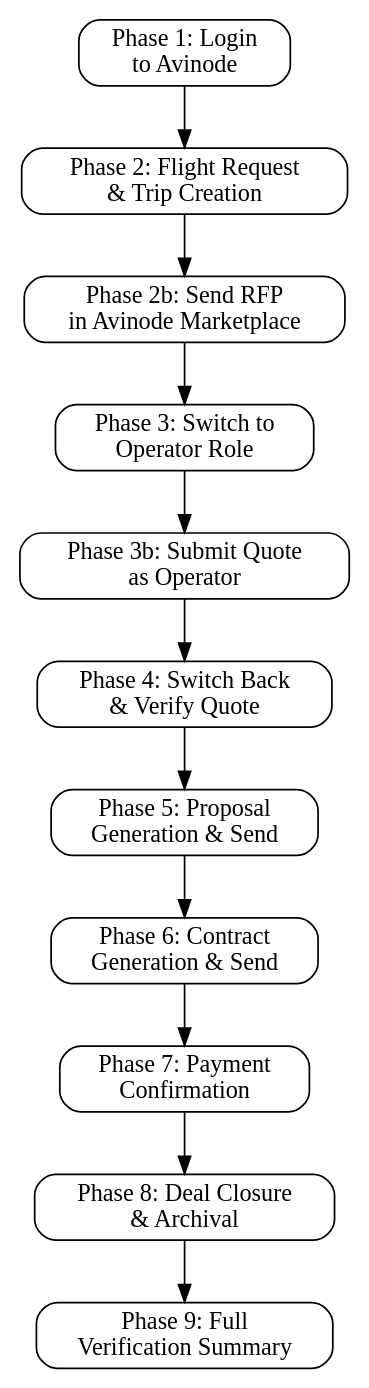
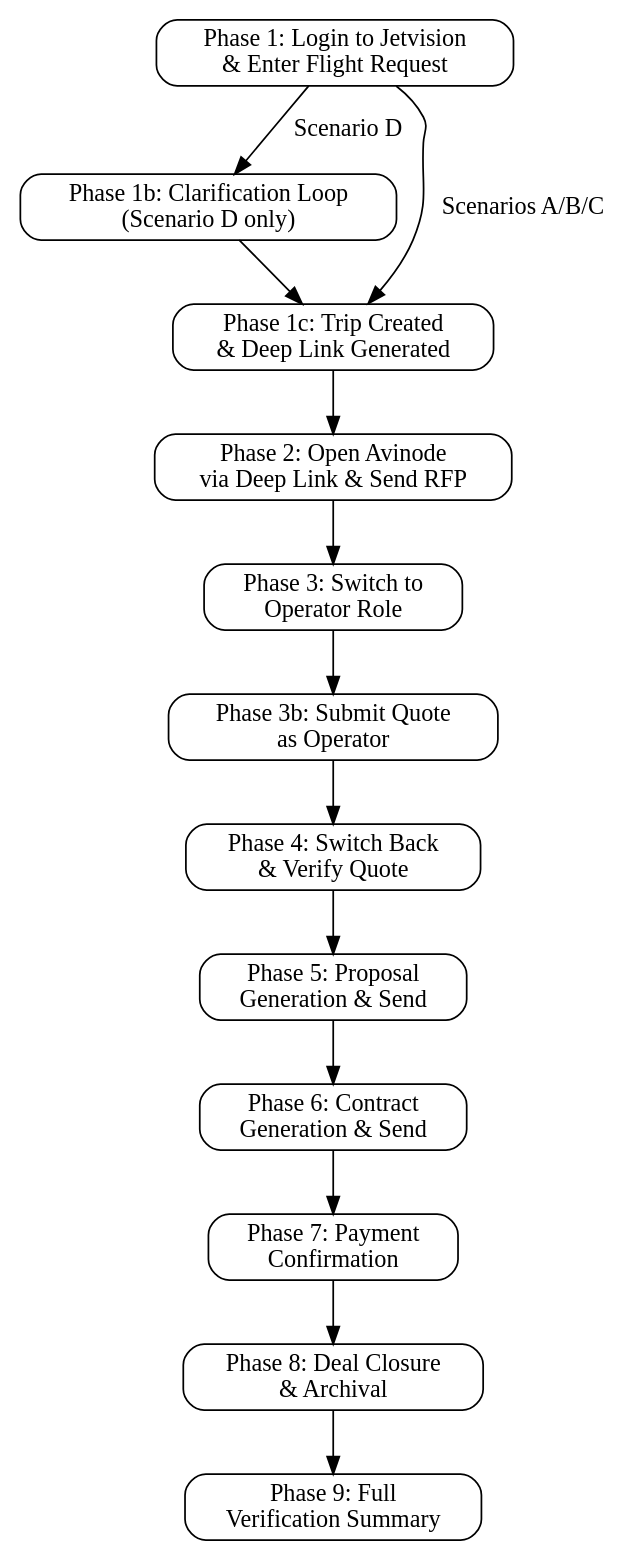
Before and after one commit to kingler/v0-jetvision-assistant: the diagram in .claude/skills/avinode-sandbox-test/SKILL.md, drawn with Graphviz. The commit also changed other lines of this file and 11 other files, not shown here.

````diff
--- a/.claude/skills/avinode-sandbox-test/SKILL.md
+++ b/.claude/skills/avinode-sandbox-test/SKILL.md
@@ -84,29 +106,32 @@
 ```dot
 digraph avinode_test {
   rankdir=TB;
   node [shape=box, style=rounded];
 
-  login [label="Phase 1: Login\nto Avinode"];
-  create_trip [label="Phase 2: Flight Request\n& Trip Creation"];
-  send_rfp [label="Phase 2b: Send RFP\nin Avinode Marketplace"];
+  jetvision_login [label="Phase 1: Login to Jetvision\n& Enter Flight Request"];
+  clarification [label="Phase 1b: Clarification Loop\n(Scenario D only)"];
+  trip_created [label="Phase 1c: Trip Created\n& Deep Link Generated"];
+  open_avinode [label="Phase 2: Open Avinode\nvia Deep Link & Send RFP"];
   switch_op [label="Phase 3: Switch to\nOperator Role"];
   respond [label="Phase 3b: Submit Quote\nas Operator"];
   switch_back [label="Phase 4: Switch Back\n& Verify Quote"];
   proposal [label="Phase 5: Proposal\nGeneration & Send"];
   contract [label="Phase 6: Contract\nGeneration & Send"];
   payment [label="Phase 7: Payment\nConfirmation"];
   close [label="Phase 8: Deal Closure\n& Archival"];
   summary [label="Phase 9: Full\nVerification Summary"];
 
-  login -> create_trip;
-  create_trip -> send_rfp;
-  send_rfp -> switch_op;
+  jetvision_login -> clarification [label="Scenario D"];
+  jetvision_login -> trip_created [label="Scenarios A/B/C"];
+  clarification -> trip_created;
+  trip_created -> open_avinode;
+  open_avinode -> switch_op;
   switch_op -> respond;
   respond -> switch_back;
   switch_back -> proposal;
   proposal -> contract;
   contract -> payment;
   payment -> close;
   close -> summary;
 }
 ```
````
